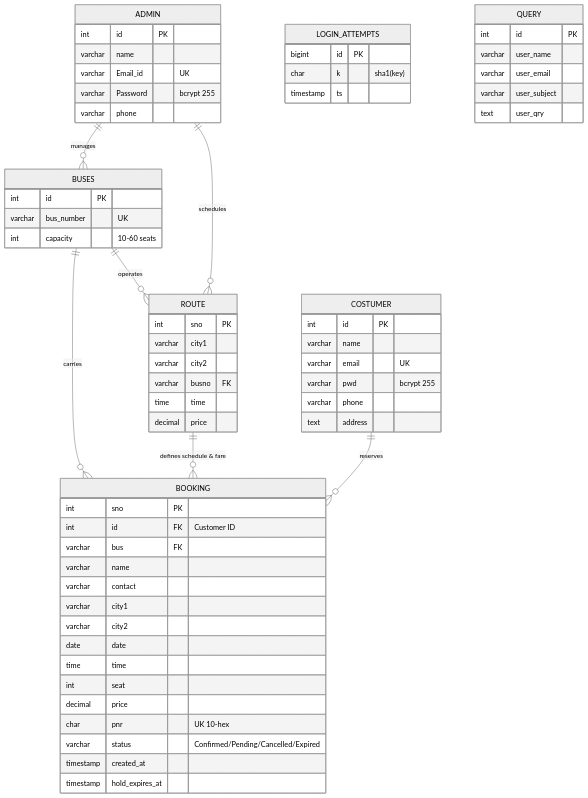
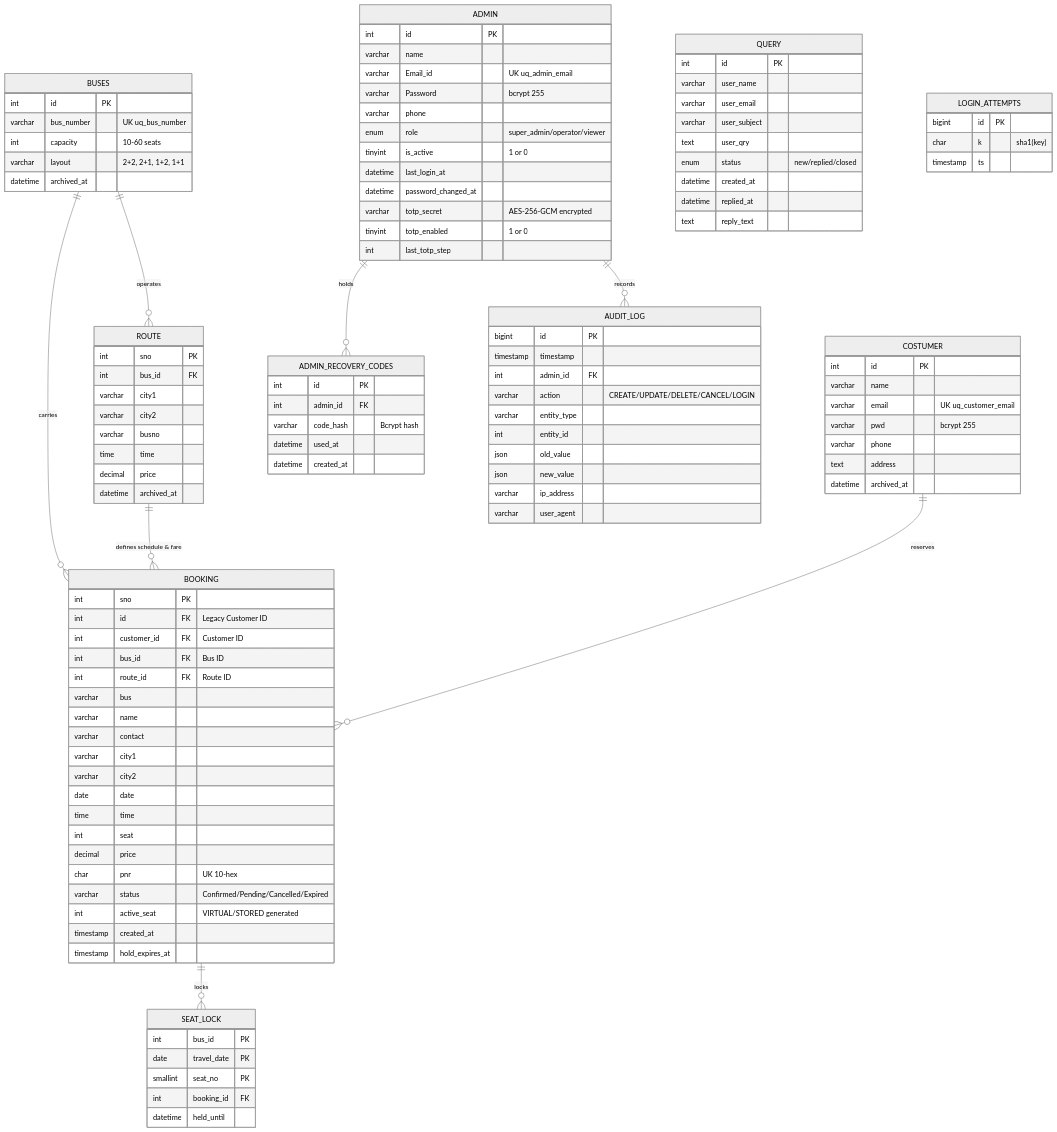
One commit to Jashan-randhawa/Bus-Resrvation changed the diagram in wiki/Database-Schema-and-Models.md. Above: the diagram before and after it, drawn with Mermaid (neutral theme). The commit also changed other lines of this file and 4 other files, not shown here.

````diff
--- a/wiki/Database-Schema-and-Models.md
+++ b/wiki/Database-Schema-and-Models.md
@@ -12,45 +12,69 @@
     BUSES ||--o{ BOOKING : "carries"
     ROUTE ||--o{ BOOKING : "defines schedule & fare"
     COSTUMER ||--o{ BOOKING : "reserves"
-    ADMIN ||--o{ BUSES : "manages"
-    ADMIN ||--o{ ROUTE : "schedules"
+    BOOKING ||--o{ SEAT_LOCK : "locks"
+    ADMIN ||--o{ ADMIN_RECOVERY_CODES : "holds"
+    ADMIN ||--o{ AUDIT_LOG : "records"
     
     ADMIN {
         int id PK
         varchar name
-        varchar Email_id "UK"
+        varchar Email_id "UK uq_admin_email"
         varchar Password "bcrypt 255"
         varchar phone
+        enum role "super_admin/operator/viewer"
+        tinyint is_active "1 or 0"
+        datetime last_login_at
+        datetime password_changed_at
+        varchar totp_secret "AES-256-GCM encrypted"
+        tinyint totp_enabled "1 or 0"
+        int last_totp_step
+    }
+
+    ADMIN_RECOVERY_CODES {
+        int id PK
+        int admin_id FK
+        varchar code_hash "Bcrypt hash"
+        datetime used_at
+        datetime created_at
     }
 
     COSTUMER {
         int id PK
         varchar name
-        varchar email "UK"
+        varchar email "UK uq_customer_email"
         varchar pwd "bcrypt 255"
         varchar phone
         text address
+        datetime archived_at
     }
 
     BUSES {
         int id PK
-        varchar bus_number "UK"
+        varchar bus_number "UK uq_bus_number"
         int capacity "10-60 seats"
+        varchar layout "2+2, 2+1, 1+2, 1+1"
+        datetime archived_at
     }
 
     ROUTE {
         int sno PK
+        int bus_id FK
         varchar city1
         varchar city2
-        varchar busno FK
+        varchar busno
         time time
         decimal price
+        datetime archived_at
     }
 
     BOOKING {
         int sno PK
-        int id FK "Customer ID"
-        varchar bus FK
+        int id FK "Legacy Customer ID"
+        int customer_id FK "Customer ID"
+        int bus_id FK "Bus ID"
+        int route_id FK "Route ID"
+        varchar bus
         varchar name
         varchar contact
         varchar city1
@@ -61,14 +85,30 @@
         decimal price
         char pnr "UK 10-hex"
         varchar status "Confirmed/Pending/Cancelled/Expired"
+        int active_seat "VIRTUAL/STORED generated"
         timestamp created_at
         timestamp hold_expires_at
     }
 
-    LOGIN_ATTEMPTS {
+    SEAT_LOCK {
+        int bus_id PK
+        date travel_date PK
+        smallint seat_no PK
+        int booking_id FK
+        datetime held_until
+    }
+
+    AUDIT_LOG {
         bigint id PK
-        char k "sha1(key)"
-        timestamp ts
+        timestamp timestamp
+        int admin_id FK
+        varchar action "CREATE/UPDATE/DELETE/CANCEL/LOGIN"
+        varchar entity_type
+        int entity_id
+        json old_value
+        json new_value
+        varchar ip_address
+        varchar user_agent
     }
 
     QUERY {
@@ -77,5 +117,15 @@
         varchar user_email
         varchar user_subject
         text user_qry
+        enum status "new/replied/closed"
+        datetime created_at
+        datetime replied_at
+        text reply_text
+    }
+
+    LOGIN_ATTEMPTS {
+        bigint id PK
+        char k "sha1(key)"
+        timestamp ts
     }
 ```
````
